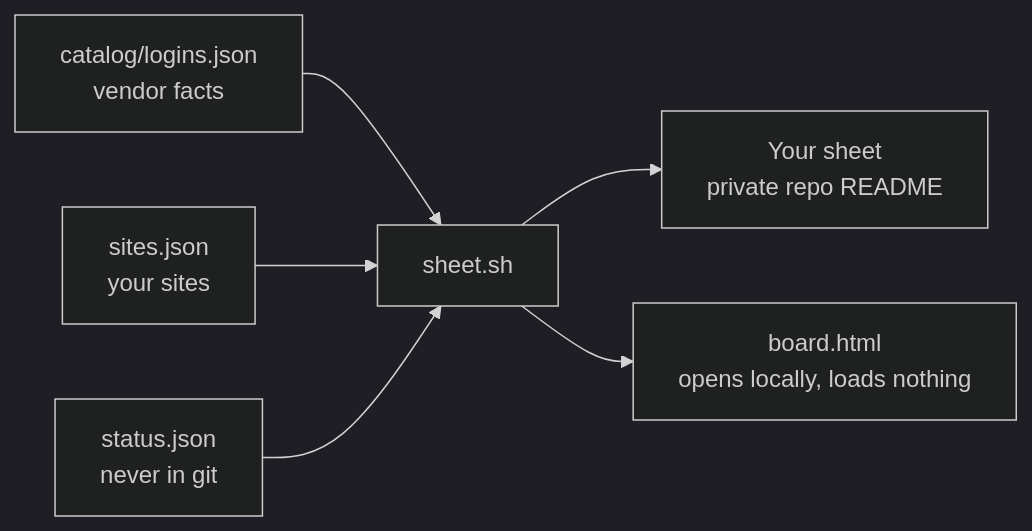
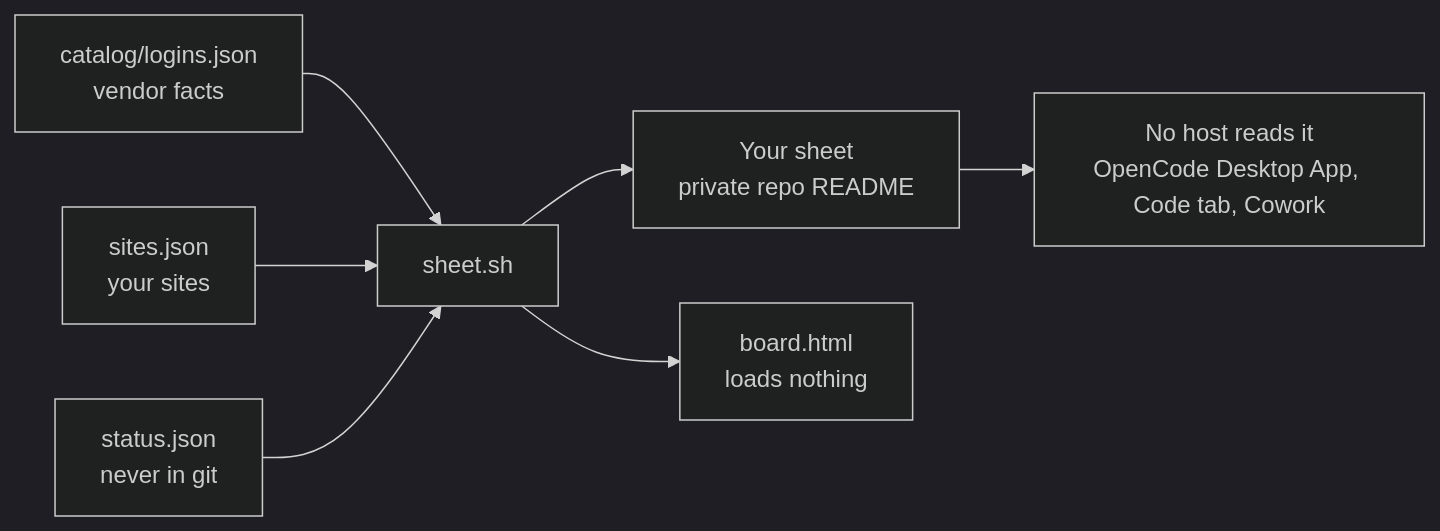
The diagram in guides/logins.md (SoulCraft-Org/compute-crafter), drawn with Mermaid (dark theme) before and after one commit. The commit also changed other lines of this file and 10 other files, not shown here.

First line of the commit message:
🎨 Guides batch 5: Meshy, Claude Desktop MCP, Logins, Training open with a diagram and a three-host wiring table

````diff
--- a/guides/logins.md
+++ b/guides/logins.md
@@ -5,8 +5,9 @@
 ```mermaid
 flowchart LR
   C[catalog/logins.json<br/>vendor facts] --> S[sheet.sh]
   Y[sites.json<br/>your sites] --> S
+  T[status.json<br/>never in git] --> S
   S --> R[Your sheet<br/>private repo README]
-  T[status.json<br/>never in git] --> S
-  S --> B[board.html<br/>opens locally, loads nothing]
+  S --> B[board.html<br/>loads nothing]
+  R --> H[No host reads it<br/>OpenCode Desktop App, Code tab, Cowork]
 ```
````
